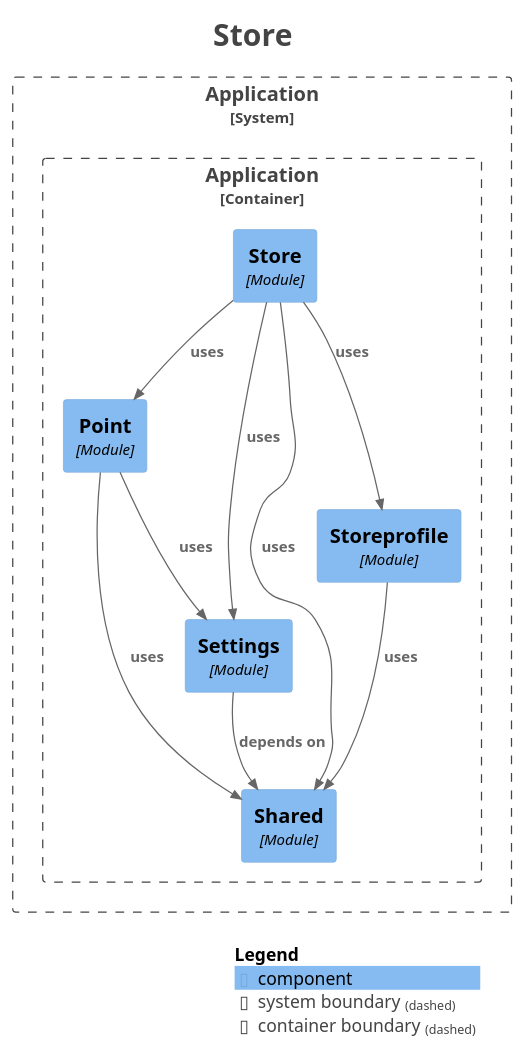
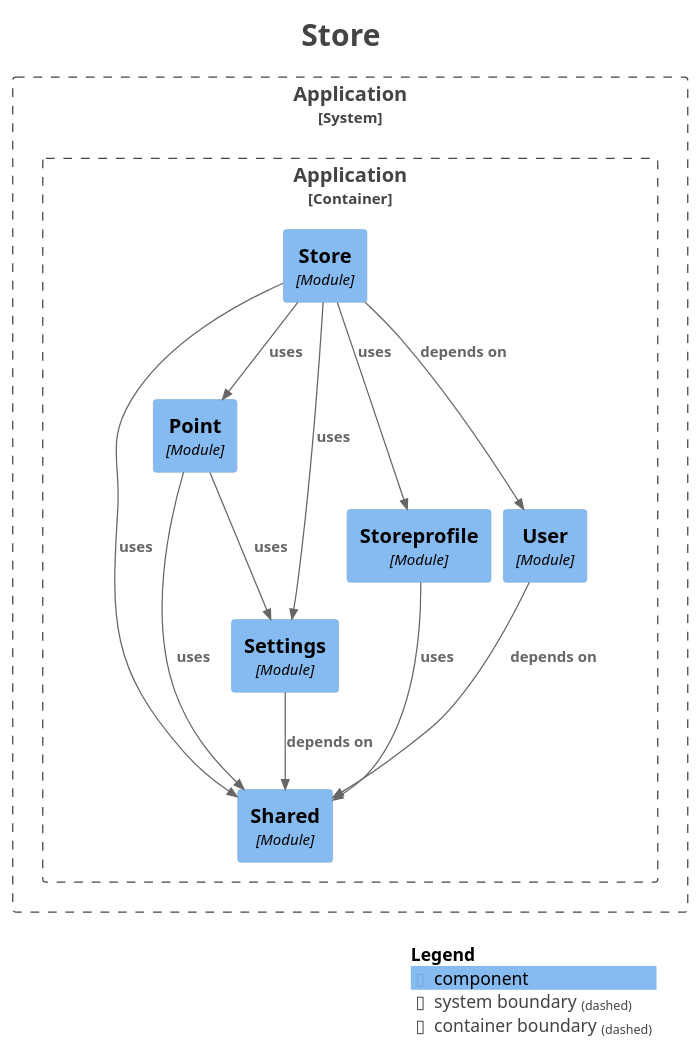
One commit to kanghouchao/Kizuna changed the diagram in backend/docs/modulith/module-store.puml. Above: the diagram before and after it, drawn with PlantUML. The commit also changed 24 other files, not shown here.

```diff
--- a/backend/docs/modulith/module-store.puml
+++ b/backend/docs/modulith/module-store.puml
@@ -1,40 +1,43 @@
 @startuml
 title <size:24>Store</size>
 
 set separator none
 top to bottom direction
 
 <style>
   root {
     BackgroundColor: #ffffff
     FontColor: #444444
   }
 </style>
 
 !include <C4/C4>
 !include <C4/C4_Context>
 !include <C4/C4_Component>
 
 System_Boundary("Application_boundary", "Application", $tags="") {
   Container_Boundary("Application.Application_boundary", "Application", $tags="") {
     Component(Application.Application.Point, "Point", $techn="Module", $descr="", $tags="", $link="")
     Component(Application.Application.Store, "Store", $techn="Module", $descr="", $tags="", $link="")
     Component(Application.Application.Shared, "Shared", $techn="Module", $descr="", $tags="", $link="")
     Component(Application.Application.Settings, "Settings", $techn="Module", $descr="", $tags="", $link="")
     Component(Application.Application.Storeprofile, "Storeprofile", $techn="Module", $descr="", $tags="", $link="")
+    Component(Application.Application.User, "User", $techn="Module", $descr="", $tags="", $link="")
   }
 
 }
 
-Rel(Application.Application.Storeprofile, Application.Application.Shared, "uses", $techn="", $tags="", $link="")
+Rel(Application.Application.Point, Application.Application.Settings, "uses", $techn="", $tags="", $link="")
+Rel(Application.Application.Point, Application.Application.Shared, "uses", $techn="", $tags="", $link="")
+Rel(Application.Application.Store, Application.Application.User, "depends on", $techn="", $tags="", $link="")
 Rel(Application.Application.Store, Application.Application.Storeprofile, "uses", $techn="", $tags="", $link="")
 Rel(Application.Application.Store, Application.Application.Point, "uses", $techn="", $tags="", $link="")
 Rel(Application.Application.Store, Application.Application.Settings, "uses", $techn="", $tags="", $link="")
 Rel(Application.Application.Store, Application.Application.Shared, "uses", $techn="", $tags="", $link="")
+Rel(Application.Application.User, Application.Application.Shared, "depends on", $techn="", $tags="", $link="")
 Rel(Application.Application.Settings, Application.Application.Shared, "depends on", $techn="", $tags="", $link="")
-Rel(Application.Application.Point, Application.Application.Settings, "uses", $techn="", $tags="", $link="")
-Rel(Application.Application.Point, Application.Application.Shared, "uses", $techn="", $tags="", $link="")
+Rel(Application.Application.Storeprofile, Application.Application.Shared, "uses", $techn="", $tags="", $link="")
 
 SHOW_LEGEND(true)
 hide stereotypes
 @enduml
```
